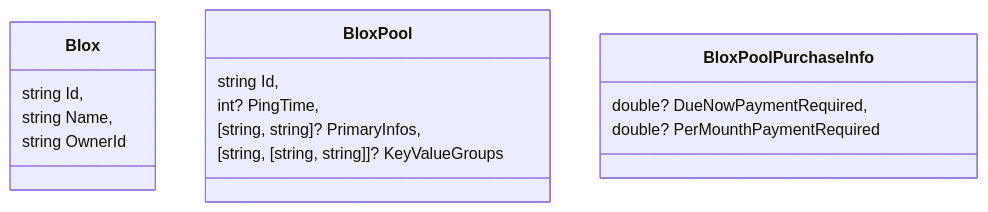
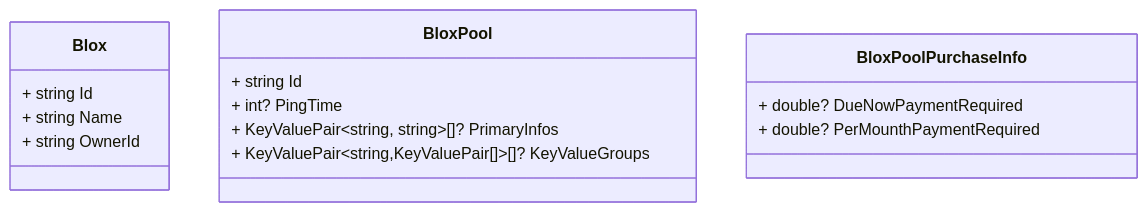
Before and after one commit to functionland/fx-files: the second of 5 diagrams in docs/fula-client-overview.md, drawn with Mermaid. The commit also changed other lines of this file, not shown here.

Commit message:
Fix class diagram annotations. ab#839

````diff
--- a/docs/fula-client-overview.md
+++ b/docs/fula-client-overview.md
@@ -30,21 +33,22 @@
 ```mermaid
 classDiagram
+
 class Blox{
-string Id,
-string Name,
-string OwnerId
+    + string Id
+    + string Name
+    + string OwnerId
 }
 
 class BloxPool{
-string Id,
-int? PingTime,
-[string, string]? PrimaryInfos,
-[string, [string, string]]? KeyValueGroups
+    + string Id
+    + int? PingTime
+    + KeyValuePair~string, string~[]? PrimaryInfos
+    + KeyValuePair~string,KeyValuePair[]~[]? KeyValueGroups
 }
 
 class BloxPoolPurchaseInfo{
-double? DueNowPaymentRequired,
-double? PerMounthPaymentRequired
+    + double? DueNowPaymentRequired
+    + double? PerMounthPaymentRequired
 }
 
 ```
````
